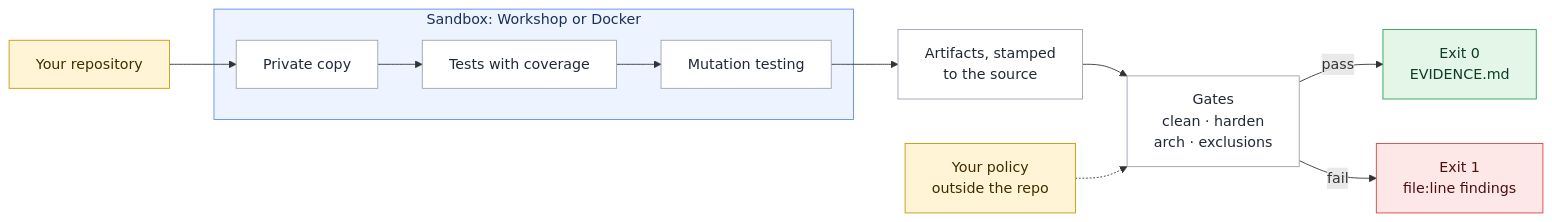
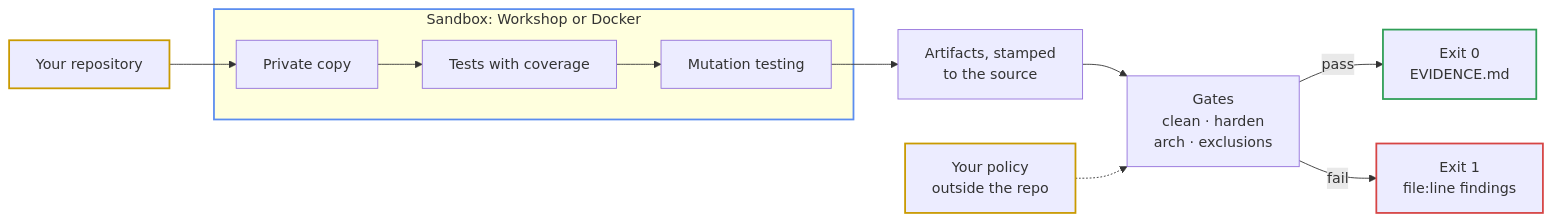
The diagram in README.md (gajeshbhat/gauntlet), drawn with Mermaid before and after one commit. The commit also changed 2 other files, not shown here.

Commit message:
docs: Let the diagrams follow the light or dark theme
Drop the fills and text colours; coloured 2px borders keep the
meaning (yellow: you, blue: sandbox, green: pass, red: fail).

````diff
--- a/README.md
+++ b/README.md
@@ -16,22 +16,21 @@
 ```mermaid
 flowchart LR
     repo["Your repository"] --> copy["Private copy"]
     subgraph box["Sandbox: Workshop or Docker"]
         copy --> tests["Tests with coverage"]
         tests --> mutants["Mutation testing"]
     end
     mutants --> stamp["Artifacts, stamped<br/>to the source"]
     stamp --> gates["Gates<br/>clean · harden<br/>arch · exclusions"]
     policy["Your policy<br/>outside the repo"] -.-> gates
     gates -->|pass| pass["Exit 0<br/>EVIDENCE.md"]
     gates -->|fail| fail["Exit 1<br/>file:line findings"]
 
-    classDef default fill:#ffffff,stroke:#9ca3af,color:#1f2937
-    classDef you fill:#fff4d6,stroke:#c99a00,color:#3d2e00
-    classDef good fill:#e3f6e8,stroke:#2f9e57,color:#0f3d1f
-    classDef bad fill:#fde7e7,stroke:#d64545,color:#4d0f0f
+    classDef you stroke:#c99a00,stroke-width:2px
+    classDef good stroke:#2f9e57,stroke-width:2px
+    classDef bad stroke:#d64545,stroke-width:2px
     class repo,policy you
     class pass good
     class fail bad
-    style box fill:#eef4ff,stroke:#5b8def,color:#1b2f5c
+    style box stroke:#5b8def,stroke-width:2px
 ```
````
